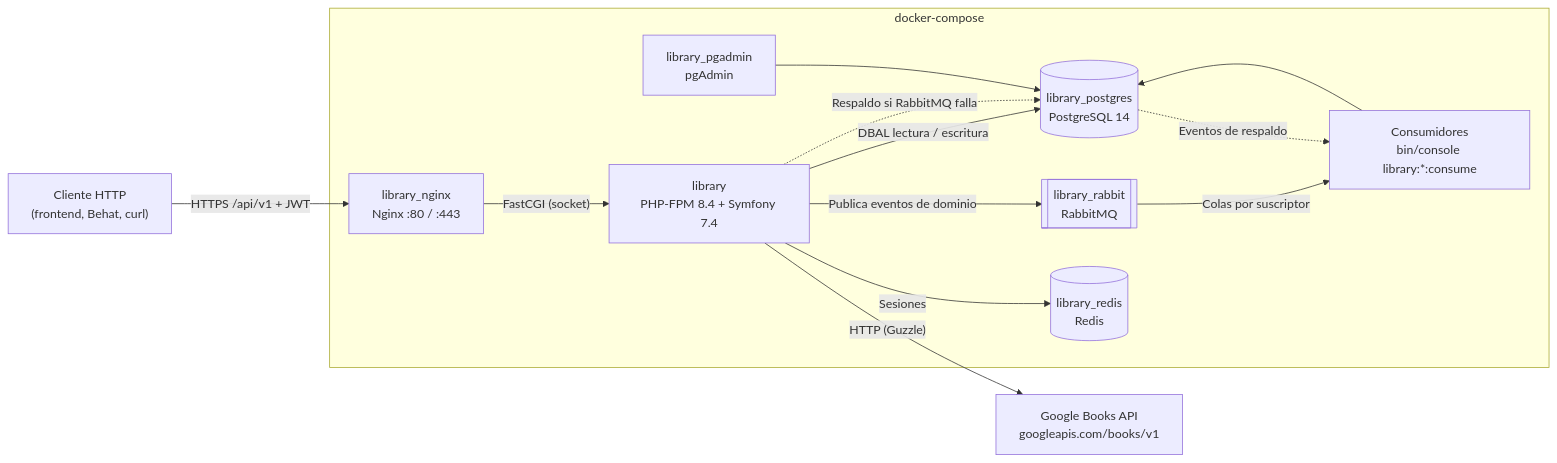
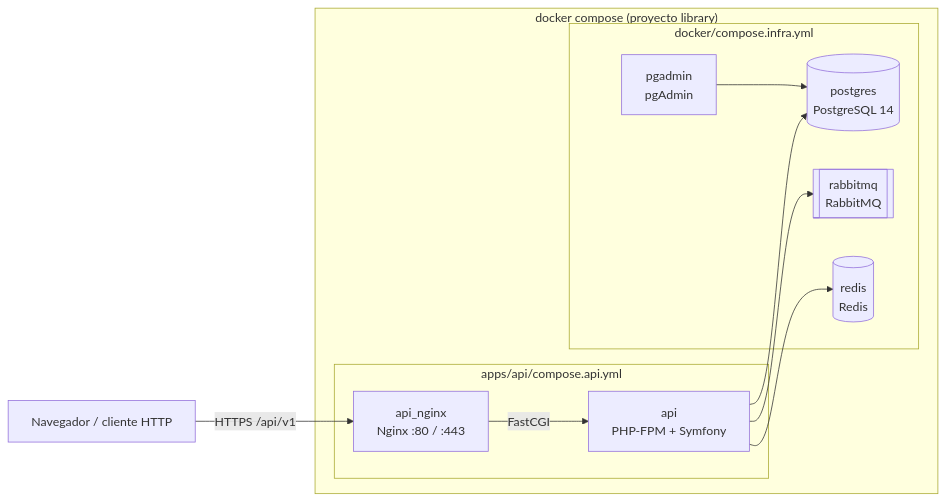
One commit to colybri/library changed the diagram in README.md. Above: the diagram before and after it, drawn with Mermaid. The commit also changed other lines of this file and 10 other files, not shown here.

````diff
--- a/README.md
+++ b/README.md
@@ -28,28 +12,24 @@
 ```mermaid
 flowchart LR
-    client["Cliente HTTP<br/>(frontend, Behat, curl)"]
+    client["Navegador / cliente HTTP"]
 
-    subgraph docker["docker-compose"]
-        nginx["library_nginx<br/>Nginx :80 / :443"]
-        php["library<br/>PHP-FPM 8.4 + Symfony 7.4"]
-        consumers["Consumidores<br/>bin/console library:*:consume"]
-        postgres[("library_postgres<br/>PostgreSQL 14")]
-        rabbit[["library_rabbit<br/>RabbitMQ"]]
-        redis[("library_redis<br/>Redis")]
-        pgadmin["library_pgadmin<br/>pgAdmin"]
+    subgraph compose["docker compose (proyecto library)"]
+        subgraph api["apps/api/compose.api.yml"]
+            nginx["api_nginx<br/>Nginx :80 / :443"]
+            php["api<br/>PHP-FPM + Symfony"]
+        end
+        subgraph infra["docker/compose.infra.yml"]
+            postgres[("postgres<br/>PostgreSQL 14")]
+            rabbit[["rabbitmq<br/>RabbitMQ"]]
+            redis[("redis<br/>Redis")]
+            pgadmin["pgadmin<br/>pgAdmin"]
+        end
     end
 
-    google["Google Books API<br/>googleapis.com/books/v1"]
-
-    client -->|"HTTPS /api/v1 + JWT"| nginx
-    nginx -->|"FastCGI (socket)"| php
-    php -->|"DBAL lectura / escritura"| postgres
-    php -->|"Publica eventos de dominio"| rabbit
-    php -.->|"Respaldo si RabbitMQ falla"| postgres
-    php -->|"Sesiones"| redis
-    php -->|"HTTP (Guzzle)"| google
-    rabbit -->|"Colas por suscriptor"| consumers
-    postgres -.->|"Eventos de respaldo"| consumers
-    consumers --> postgres
+    client -->|"HTTPS /api/v1"| nginx
+    nginx -->|"FastCGI"| php
+    php --> postgres
+    php --> rabbit
+    php --> redis
     pgadmin --> postgres
 ```
````
